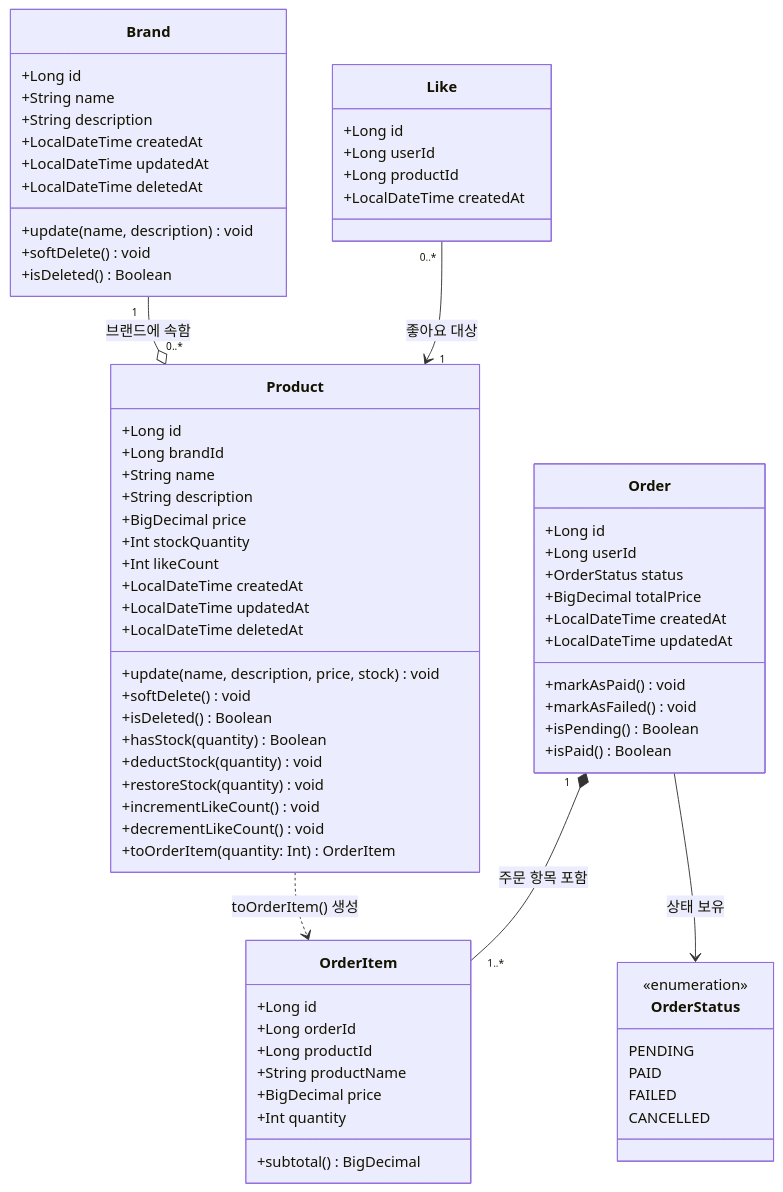
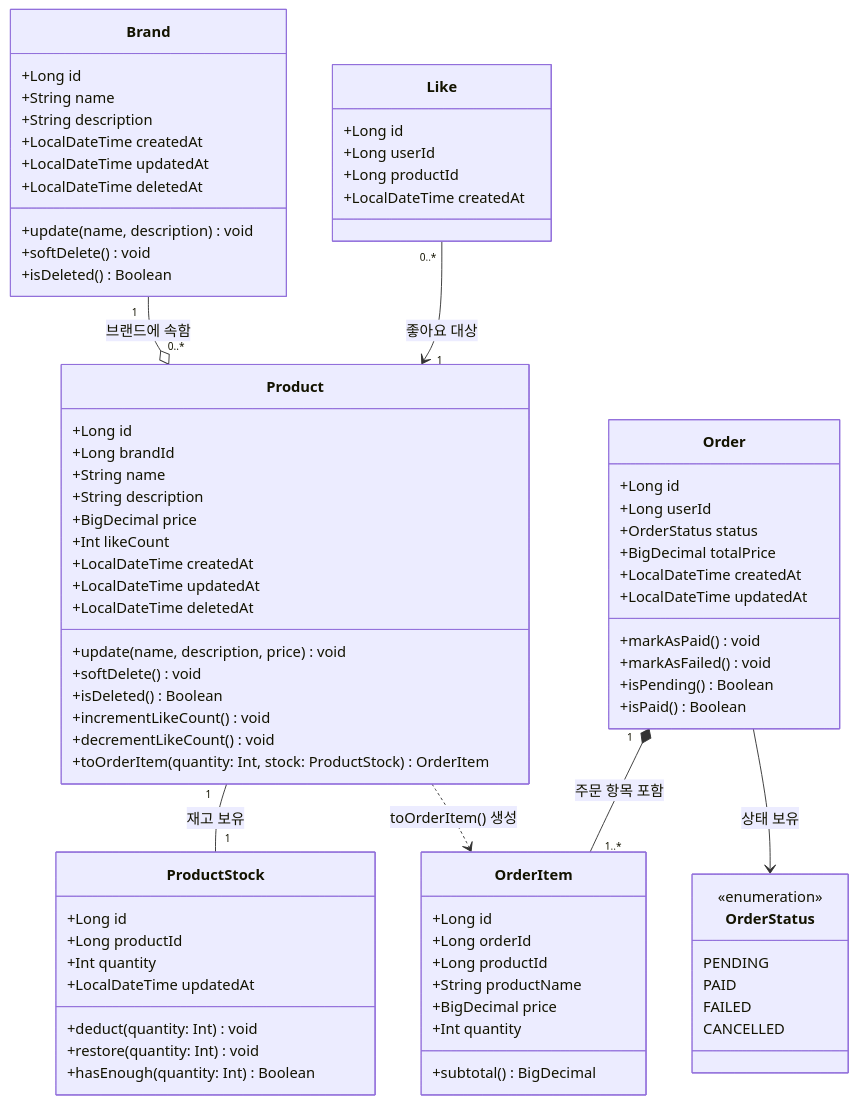
The diagram in docs/week2/03-class-diagram.md (yeonjoo7/loop-pack-be-l2-vol4-kotlin), drawn with Mermaid before and after one commit. The commit also changed 1 other file, not shown here.

Commit message:
docs: extract stock into ProductStock domain
- products 테이블에서 stock_quantity 제거
- product_stocks 테이블 신설 (product_id 1:1, quantity)
- ProductStock 클래스 추가 (deduct/restore/hasEnough)
- Product.toOrderItem() 시그니처 변경
- 재고 동시성 설명을 product_stocks 기준으로 업데이트

https://claude.ai/code/session_019WBWjefkgawTKtp8sDjSwL

```diff
--- a/docs/week2/03-class-diagram.md
+++ b/docs/week2/03-class-diagram.md
@@ -34,20 +34,26 @@
         +String name
         +String description
         +BigDecimal price
-        +Int stockQuantity
         +Int likeCount
         +LocalDateTime createdAt
         +LocalDateTime updatedAt
         +LocalDateTime deletedAt
-        +update(name, description, price, stock) void
+        +update(name, description, price) void
         +softDelete() void
         +isDeleted() Boolean
-        +hasStock(quantity) Boolean
-        +deductStock(quantity) void
-        +restoreStock(quantity) void
         +incrementLikeCount() void
         +decrementLikeCount() void
-        +toOrderItem(quantity: Int) OrderItem
+        +toOrderItem(quantity: Int, stock: ProductStock) OrderItem
+    }
+
+    class ProductStock {
+        +Long id
+        +Long productId
+        +Int quantity
+        +LocalDateTime updatedAt
+        +deduct(quantity: Int) void
+        +restore(quantity: Int) void
+        +hasEnough(quantity: Int) Boolean
     }
 
     class Like {
@@ -89,6 +95,7 @@
     }
 
     Brand "1" --o "0..*" Product : 브랜드에 속함
+    Product "1" -- "1" ProductStock : 재고 보유
     Order "1" *-- "1..*" OrderItem : 주문 항목 포함
     Product ..> OrderItem : toOrderItem() 생성
     Order --> OrderStatus : 상태 보유
```
